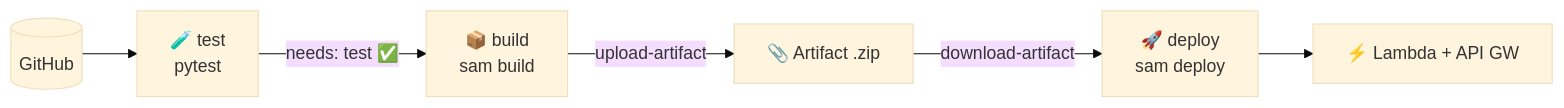
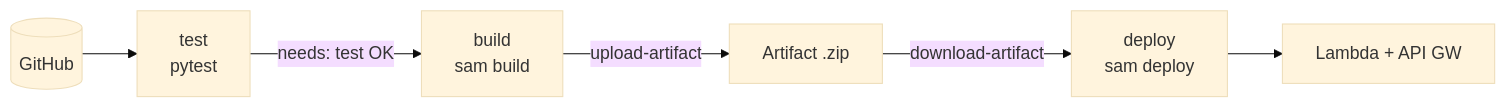
One commit to vladimiracunadev-create/proyectos-aws changed the sixth of 12 diagrams in README.md. Above: the diagram before and after it, drawn with Mermaid (base theme). The commit also changed other lines of this file and 13 other files, not shown here.

First line of the commit message:
fix: corregir diagramas Mermaid + crear AWS_PASO_A_PASO para casos 01 y 02

````diff
--- a/README.md
+++ b/README.md
@@ -189,8 +190,8 @@
 ```mermaid
 flowchart LR
-    GH[(GitHub)] --> J1[🧪 test\npytest]
-    J1 -->|needs: test ✅| J2[📦 build\nsam build]
-    J2 -->|upload-artifact| ART[📎 Artifact .zip]
-    ART -->|download-artifact| J3[🚀 deploy\nsam deploy]
-    J3 --> LAMBDA[⚡ Lambda + API GW]
+    GH[(GitHub)] --> J1[test\npytest]
+    J1 -->|needs: test OK| J2[build\nsam build]
+    J2 -->|upload-artifact| ART[Artifact .zip]
+    ART -->|download-artifact| J3[deploy\nsam deploy]
+    J3 --> LAMBDA[Lambda + API GW]
 ```
````
